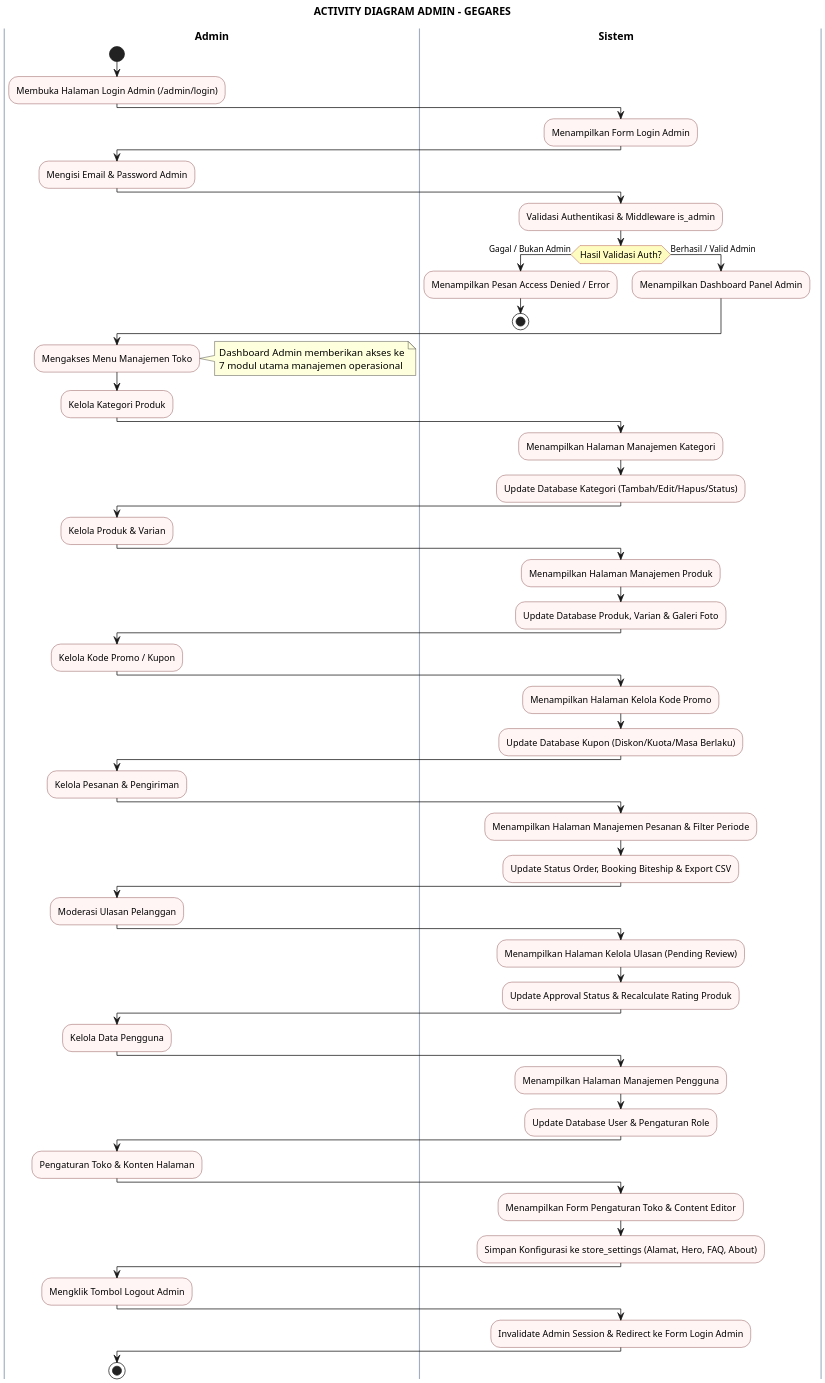
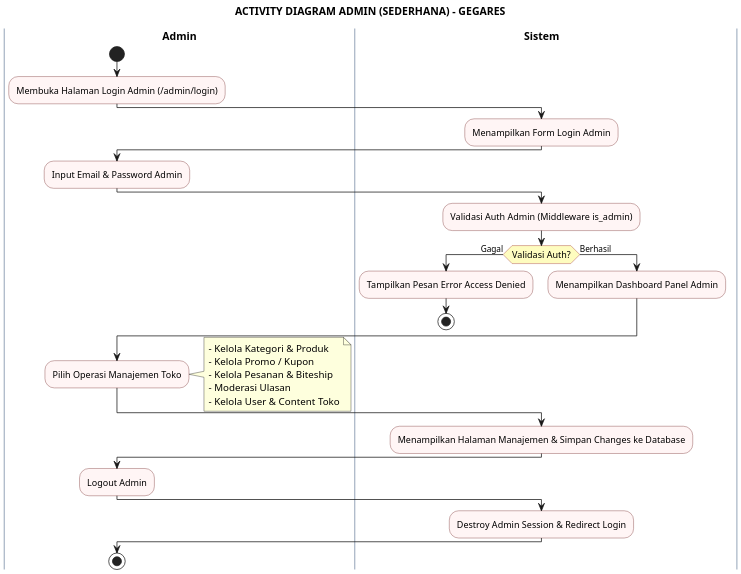
Before and after one commit to greedykid/gegares_toko: the diagram in activity_diagram_admin.puml, drawn with PlantUML. The commit also changed 11 other files, not shown here.

Commit message:
docs(diagram): simplify activity diagrams for Pelanggan and Admin for cleaner skripsi presentation

```diff
--- a/activity_diagram_admin.puml
+++ b/activity_diagram_admin.puml
@@ -1,91 +1,56 @@
 @startuml
 skinparam dpi 180
 skinparam defaultFontName "SansSerif"
 skinparam ActivityFontSize 12
 skinparam ActivityBorderColor #742A2A
 skinparam ActivityBackgroundColor #FFF5F5
 skinparam ActivityDiamondBorderColor #9B2C2C
 skinparam ActivityDiamondBackgroundColor #FEFCBF
 skinparam SwimlaneTitleFontSize 14
 skinparam SwimlaneTitleFontStyle bold
 skinparam SwimlaneBorderColor #A0AEC0
-skinparam SwimlaneWidth 280
+skinparam SwimlaneWidth 260
 
-title **ACTIVITY DIAGRAM ADMIN - GEGARES**
+title **ACTIVITY DIAGRAM ADMIN (SEDERHANA) - GEGARES**
 
 |Admin|
 start
 :Membuka Halaman Login Admin (/admin/login);
 
 |Sistem|
 :Menampilkan Form Login Admin;
 
 |Admin|
-:Mengisi Email & Password Admin;
+:Input Email & Password Admin;
 
 |Sistem|
-:Validasi Authentikasi & Middleware is_admin;
-if (Hasil Validasi Auth?) then (Gagal / Bukan Admin)
-  :Menampilkan Pesan Access Denied / Error;
+:Validasi Auth Admin (Middleware is_admin);
+if (Validasi Auth?) then (Gagal)
+  :Tampilkan Pesan Error Access Denied;
   stop
-else (Berhasil / Valid Admin)
+else (Berhasil)
   :Menampilkan Dashboard Panel Admin;
 endif
 
 |Admin|
-:Mengakses Menu Manajemen Toko;
+:Pilih Operasi Manajemen Toko;
 note right
-  Dashboard Admin memberikan akses ke
-  7 modul utama manajemen operasional
+  - Kelola Kategori & Produk
+  - Kelola Promo / Kupon
+  - Kelola Pesanan & Biteship
+  - Moderasi Ulasan
+  - Kelola User & Content Toko
 end note
 
-:Kelola Kategori Produk;
 |Sistem|
-:Menampilkan Halaman Manajemen Kategori;
-:Update Database Kategori (Tambah/Edit/Hapus/Status);
+:Menampilkan Halaman Manajemen & Simpan Changes ke Database;
 
 |Admin|
-:Kelola Produk & Varian;
-|Sistem|
-:Menampilkan Halaman Manajemen Produk;
-:Update Database Produk, Varian & Galeri Foto;
-
-|Admin|
-:Kelola Kode Promo / Kupon;
-|Sistem|
-:Menampilkan Halaman Kelola Kode Promo;
-:Update Database Kupon (Diskon/Kuota/Masa Berlaku);
-
-|Admin|
-:Kelola Pesanan & Pengiriman;
-|Sistem|
-:Menampilkan Halaman Manajemen Pesanan & Filter Periode;
-:Update Status Order, Booking Biteship & Export CSV;
-
-|Admin|
-:Moderasi Ulasan Pelanggan;
-|Sistem|
-:Menampilkan Halaman Kelola Ulasan (Pending Review);
-:Update Approval Status & Recalculate Rating Produk;
-
-|Admin|
-:Kelola Data Pengguna;
-|Sistem|
-:Menampilkan Halaman Manajemen Pengguna;
-:Update Database User & Pengaturan Role;
-
-|Admin|
-:Pengaturan Toko & Konten Halaman;
-|Sistem|
-:Menampilkan Form Pengaturan Toko & Content Editor;
-:Simpan Konfigurasi ke store_settings (Alamat, Hero, FAQ, About);
-
-|Admin|
-:Mengklik Tombol Logout Admin;
+:Logout Admin;
 
 |Sistem|
-:Invalidate Admin Session & Redirect ke Form Login Admin;
+:Destroy Admin Session & Redirect Login;
 
 |Admin|
 stop
 @enduml
```
